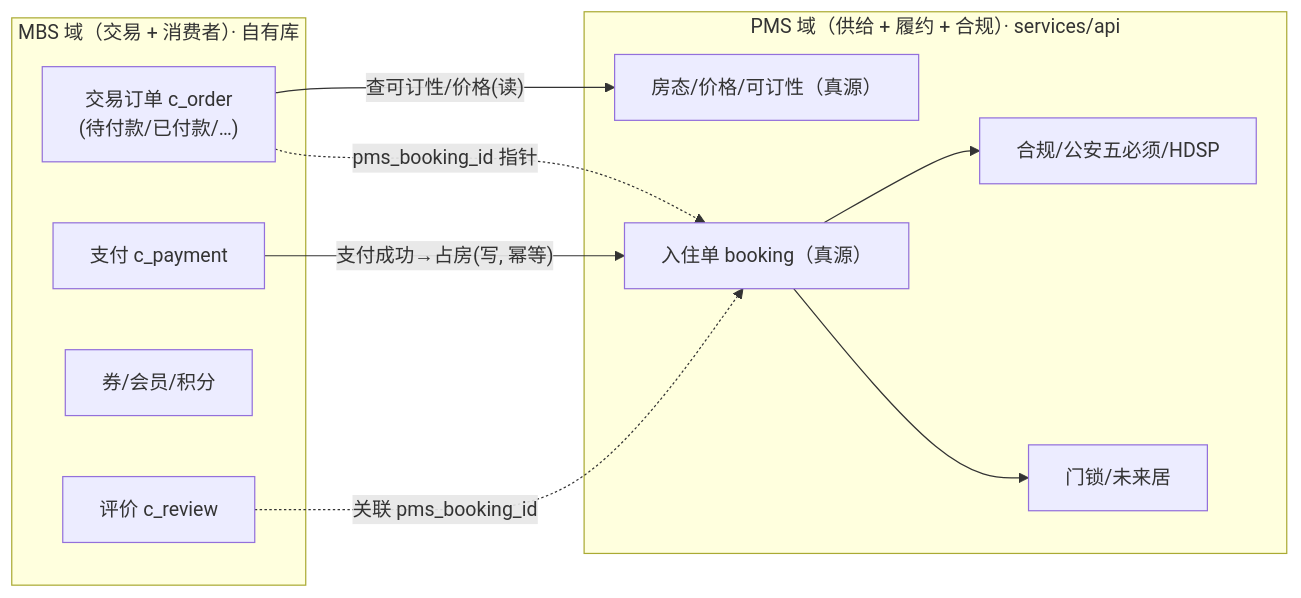
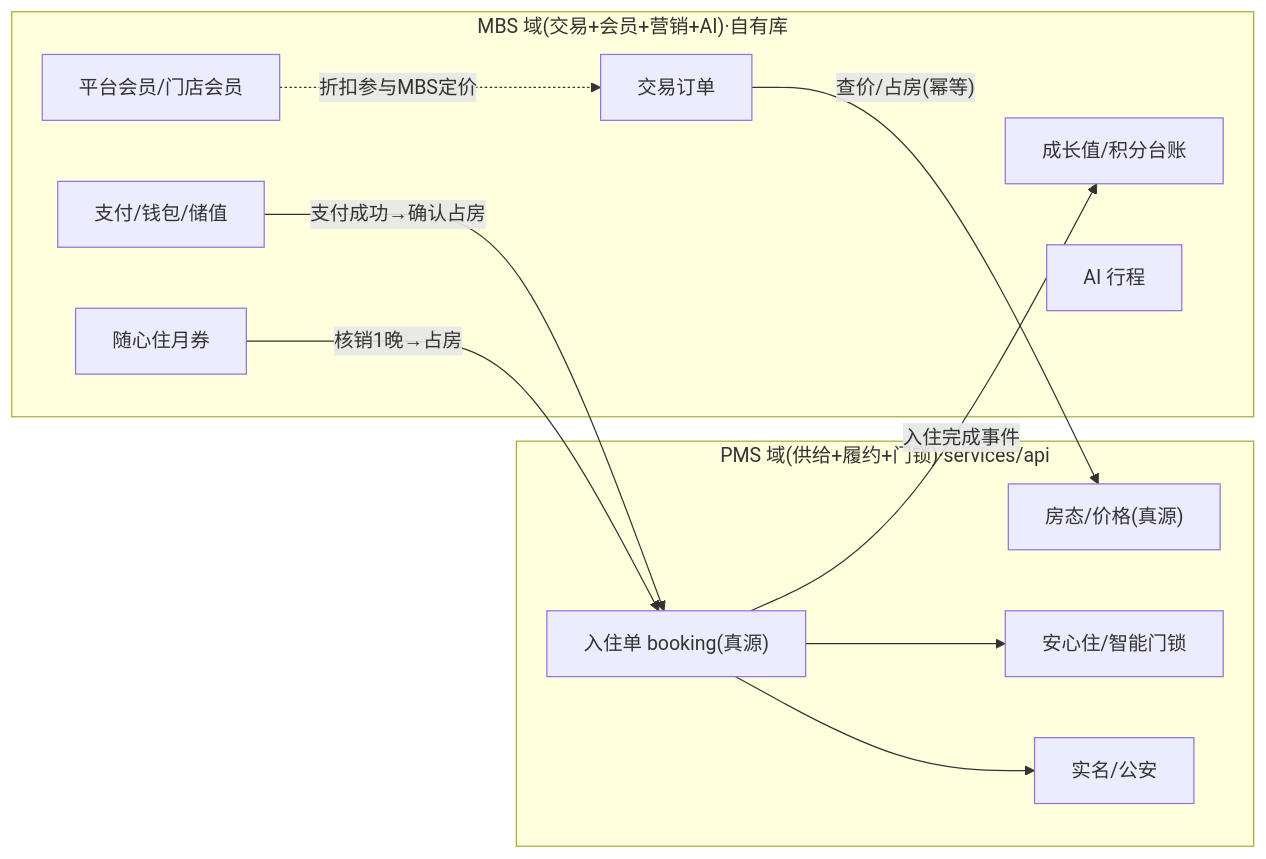
Before and after one commit to wangyw518/cursorweb: the diagram in product/prototype/mbs-web-mp/design/03-数据归属-PMS-vs-MBS.md, drawn with Mermaid. The commit also changed other lines of this file and 5 other files, not shown here.

````diff
--- a/product/prototype/mbs-web-mp/design/03-数据归属-PMS-vs-MBS.md
+++ b/product/prototype/mbs-web-mp/design/03-数据归属-PMS-vs-MBS.md
@@ -33,21 +32,24 @@
 ```mermaid
 flowchart LR
-  subgraph MBS["MBS 域（交易 + 消费者）· 自有库"]
-    TO["交易订单 c_order\n(待付款/已付款/…)"]
-    PAY["支付 c_payment"]
-    CP["券/会员/积分"]
-    RV["评价 c_review"]
+  subgraph MBS["MBS 域(交易+会员+营销+AI)·自有库"]
+    TO["交易订单"]
+    PAY["支付/钱包/储值"]
+    MEM["平台会员/门店会员"]
+    GROW["成长值/积分台账"]
+    FLEXI["随心住月券"]
+    TRIP["AI 行程"]
   end
-  subgraph PMS["PMS 域（供给 + 履约 + 合规）· services/api"]
-    AV["房态/价格/可订性（真源）"]
-    BK["入住单 booking（真源）"]
-    CO["合规/公安五必须/HDSP"]
-    LK["门锁/未来居"]
+  subgraph PMS["PMS 域(供给+履约+门锁)·services/api"]
+    AV["房态/价格(真源)"]
+    BK["入住单 booking(真源)"]
+    LOCK["安心住/智能门锁"]
+    CO["实名/公安"]
   end
-  TO -- "查可订性/价格(读)" --> AV
-  PAY -- "支付成功→占房(写, 幂等)" --> BK
-  TO -. "pms_booking_id 指针" .-> BK
+  TO -- "查价/占房(幂等)" --> AV
+  PAY -- "支付成功→确认占房" --> BK
+  FLEXI -- "核销1晚→占房" --> BK
+  BK -- "入住完成事件" --> GROW
+  BK --> LOCK
   BK --> CO
-  BK --> LK
-  RV -. "关联 pms_booking_id" .-> BK
+  MEM -. "折扣参与MBS定价" .-> TO
 ```
````
